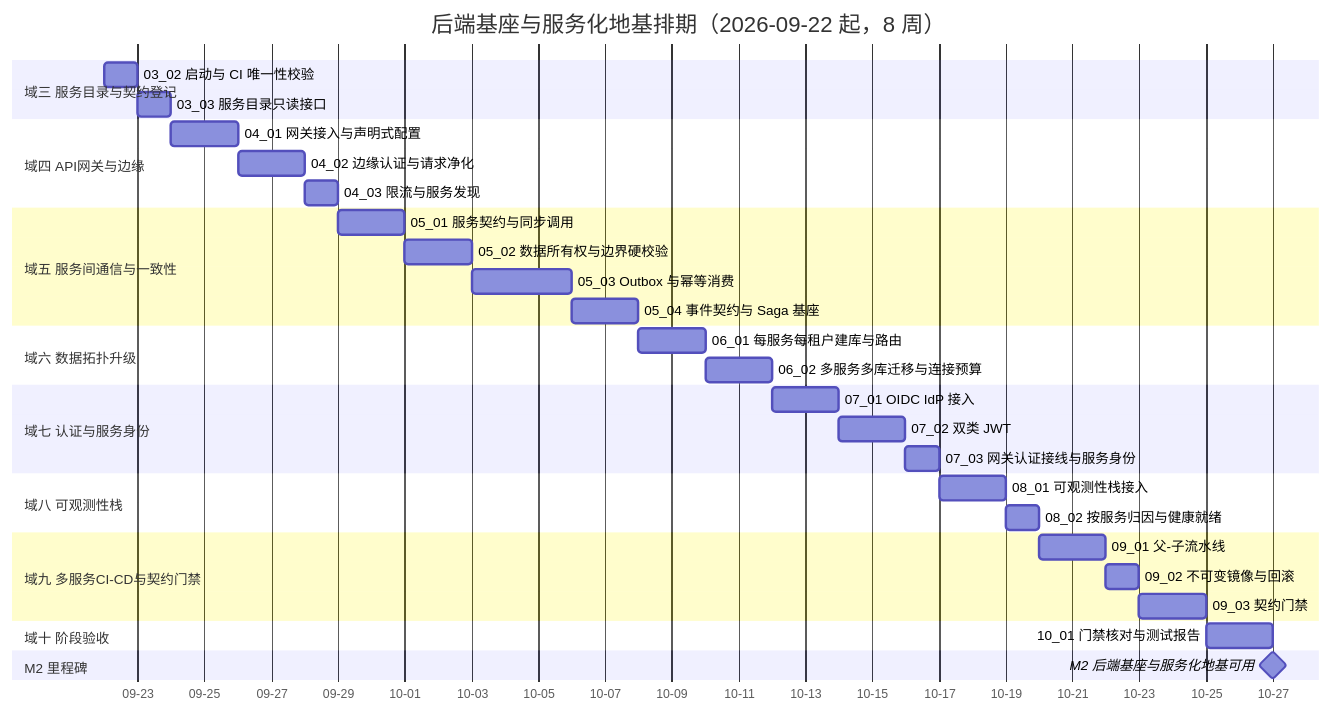
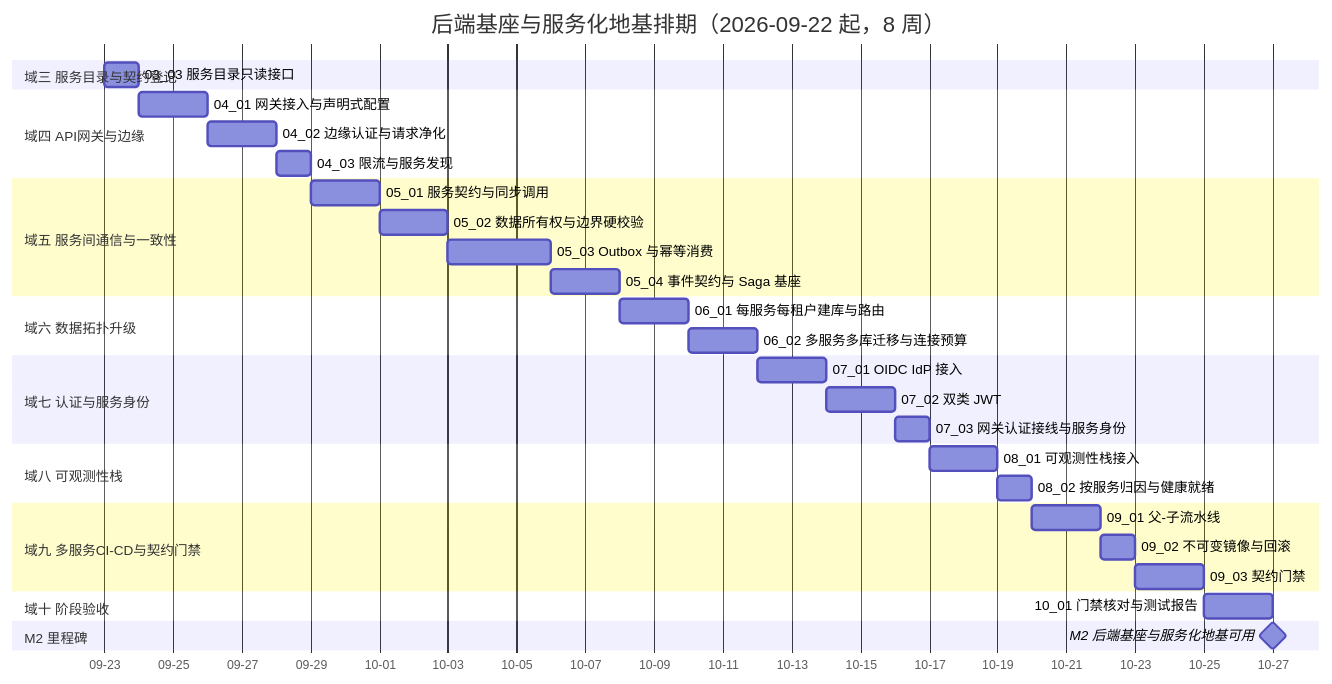
One commit to minjian123/basic-management-system changed the diagram in bms文档/项目/02_后端基座与服务化地基/计划/01_计划_后端基座与服务化地基.md. Above: the diagram before and after it, drawn with Mermaid. The commit also changed other lines of this file and 7 other files, not shown here.

````diff
--- a/bms文档/项目/02_后端基座与服务化地基/计划/01_计划_后端基座与服务化地基.md
+++ b/bms文档/项目/02_后端基座与服务化地基/计划/01_计划_后端基座与服务化地基.md
@@ -57,36 +57,35 @@
 ```mermaid
 gantt
     title 后端基座与服务化地基排期（2026-09-22 起，8 周）
     dateFormat  YYYY-MM-DD
     axisFormat %m-%d
     section 域三 服务目录与契约登记
-    03_02 启动与 CI 唯一性校验 :a0302, 2026-09-22, 1d
-    03_03 服务目录只读接口 :a0303, after a0302, 1d
+    03_03 服务目录只读接口 :a0303, 2026-09-23, 1d
     section 域四 API网关与边缘
     04_01 网关接入与声明式配置 :a0401, after a0303, 2d
     04_02 边缘认证与请求净化 :a0402, after a0401, 2d
     04_03 限流与服务发现 :a0403, after a0402, 1d
     section 域五 服务间通信与一致性
     05_01 服务契约与同步调用 :a0501, after a0403, 2d
     05_02 数据所有权与边界硬校验 :a0502, after a0501, 2d
     05_03 Outbox 与幂等消费 :a0503, after a0502, 3d
     05_04 事件契约与 Saga 基座 :a0504, after a0503, 2d
     section 域六 数据拓扑升级
     06_01 每服务每租户建库与路由 :a0601, after a0504, 2d
     06_02 多服务多库迁移与连接预算 :a0602, after a0601, 2d
     section 域七 认证与服务身份
     07_01 OIDC IdP 接入 :a0701, after a0602, 2d
     07_02 双类 JWT :a0702, after a0701, 2d
     07_03 网关认证接线与服务身份 :a0703, after a0702, 1d
     section 域八 可观测性栈
     08_01 可观测性栈接入 :a0801, after a0703, 2d
     08_02 按服务归因与健康就绪 :a0802, after a0801, 1d
     section 域九 多服务CI-CD与契约门禁
     09_01 父-子流水线 :a0901, after a0802, 2d
     09_02 不可变镜像与回滚 :a0902, after a0901, 1d
     09_03 契约门禁 :a0903, after a0902, 2d
     section 域十 阶段验收
     10_01 门禁核对与测试报告 :a1001, after a0903, 2d
     section M2 里程碑
     M2 后端基座与服务化地基可用 :milestone, mm2, after a1001, 0d
 ```
````
